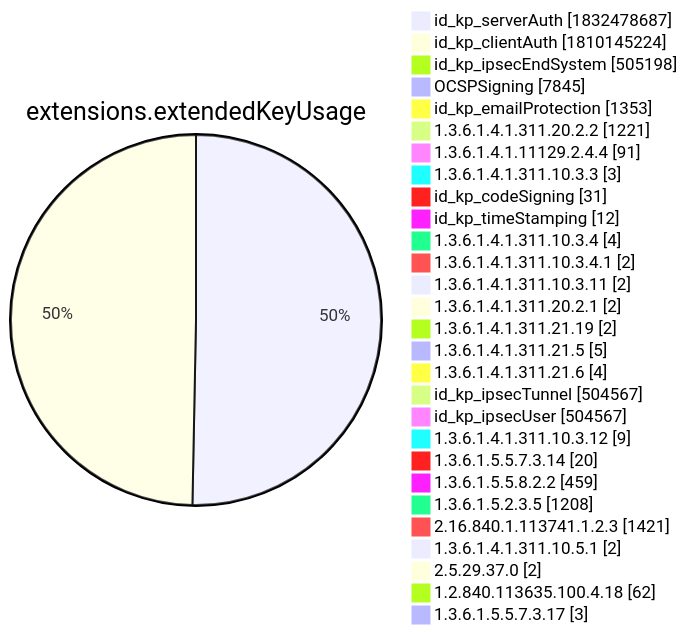
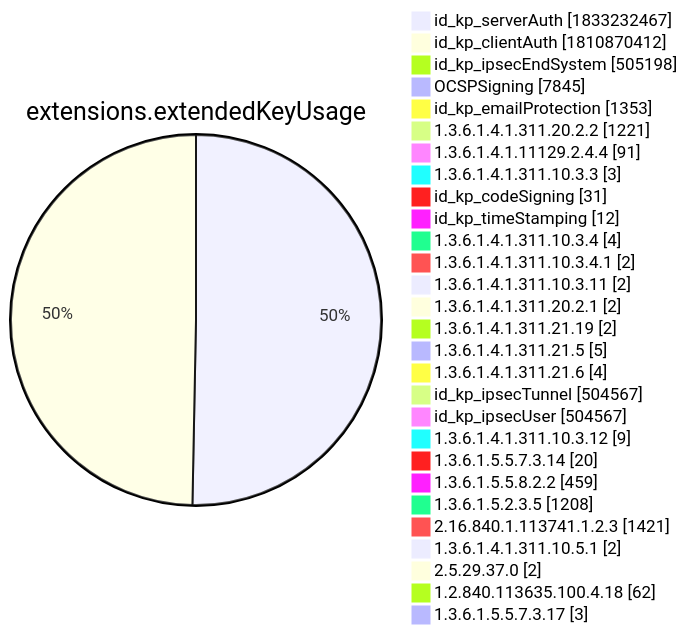
One commit to christiankrug/ctmonitor_visualization changed diagram 12 of 15 in xenon2022/README.md. Above: the diagram before and after it, drawn with Mermaid. The commit also changed other lines of this file, not shown here.

````diff
--- a/xenon2022/README.md
+++ b/xenon2022/README.md
@@ -3896,32 +3896,32 @@
 ```mermaid
 pie showData
 title extensions.extendedKeyUsage
-"id_kp_serverAuth" :1832478687
-"id_kp_clientAuth" :1810145224
+"id_kp_serverAuth" :1833232467
+"id_kp_clientAuth" :1810870412
 "id_kp_ipsecEndSystem" :505198
 "OCSPSigning" :7845
 "id_kp_emailProtection" :1353
 "1.3.6.1.4.1.311.20.2.2" :1221
 "1.3.6.1.4.1.11129.2.4.4" :91
 "1.3.6.1.4.1.311.10.3.3" :3
 "id_kp_codeSigning" :31
 "id_kp_timeStamping" :12
 "1.3.6.1.4.1.311.10.3.4" :4
 "1.3.6.1.4.1.311.10.3.4.1" :2
 "1.3.6.1.4.1.311.10.3.11" :2
 "1.3.6.1.4.1.311.20.2.1" :2
 "1.3.6.1.4.1.311.21.19" :2
 "1.3.6.1.4.1.311.21.5" :5
 "1.3.6.1.4.1.311.21.6" :4
 "id_kp_ipsecTunnel" :504567
 "id_kp_ipsecUser" :504567
 "1.3.6.1.4.1.311.10.3.12" :9
 "1.3.6.1.5.5.7.3.14" :20
 "1.3.6.1.5.5.8.2.2" :459
 "1.3.6.1.5.2.3.5" :1208
 "2.16.840.1.113741.1.2.3" :1421
 "1.3.6.1.4.1.311.10.5.1" :2
 "2.5.29.37.0" :2
 "1.2.840.113635.100.4.18" :62
 "1.3.6.1.5.5.7.3.17" :3
 ```
````
